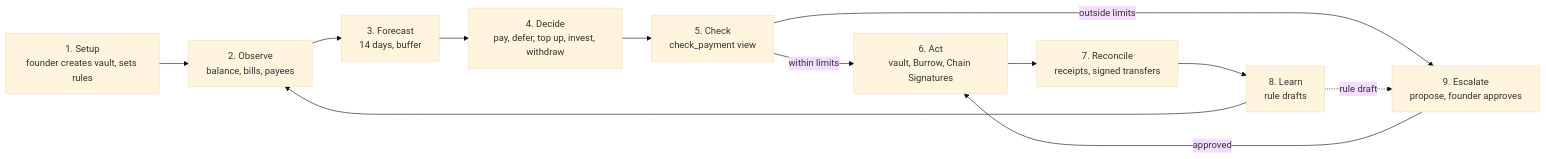
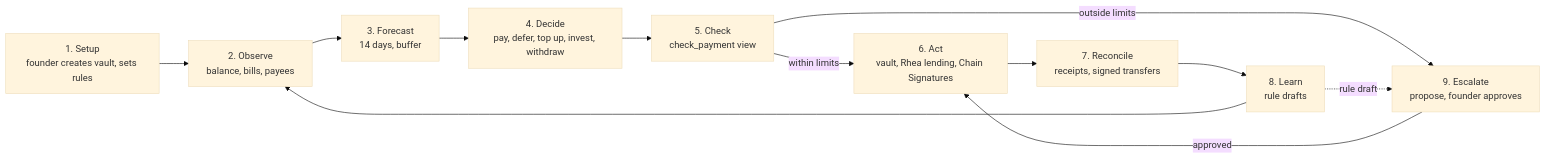
One commit to Ultraviolet01/Keel changed the diagram in docs/HOW-IT-WORKS.md. Above: the diagram before and after it, drawn with Mermaid (base theme). The commit also changed 14 other files, not shown here.

First line of the commit message:
Call the yield market Rhea lending (formerly Burrow)

````diff
--- a/docs/HOW-IT-WORKS.md
+++ b/docs/HOW-IT-WORKS.md
@@ -7,10 +7,10 @@
 ```mermaid
 flowchart LR
   S["1. Setup<br/>founder creates vault, sets rules"] --> O["2. Observe<br/>balance, bills, payees"]
   O --> F["3. Forecast<br/>14 days, buffer"] --> D["4. Decide<br/>pay, defer, top up, invest, withdraw"] --> C["5. Check<br/>check_payment view"]
-  C -- within limits --> A["6. Act<br/>vault, Burrow, Chain Signatures"]
+  C -- within limits --> A["6. Act<br/>vault, Rhea lending, Chain Signatures"]
   C -- outside limits --> E["9. Escalate<br/>propose, founder approves"]
   E -- approved --> A
   A --> R["7. Reconcile<br/>receipts, signed transfers"] --> L["8. Learn<br/>rule drafts"] --> O
   L -. rule draft .-> E
 ```
````
